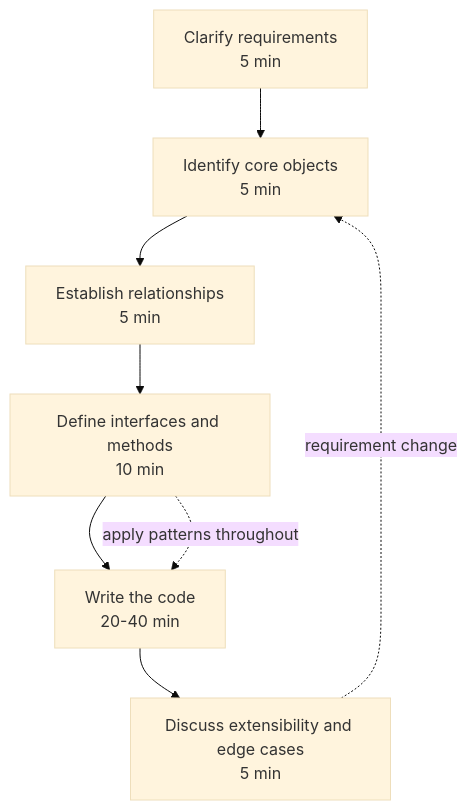
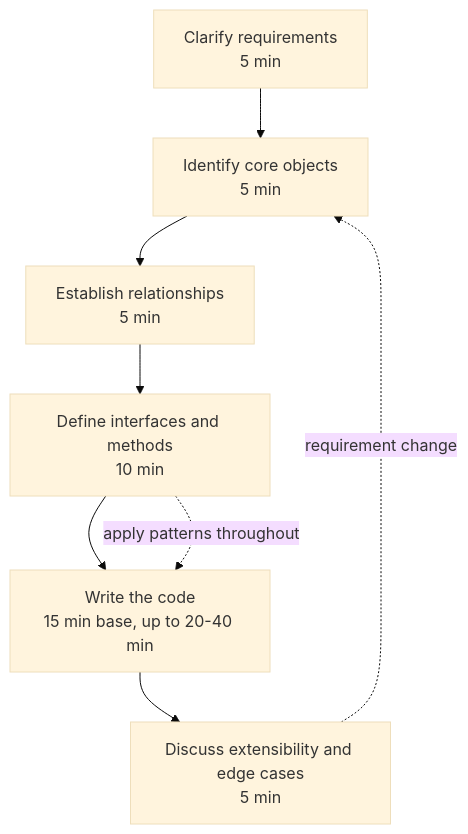
The first of 2 diagrams in topics/lld-and-ood/lld-interview-method/concepts.md (PaulSayantan/grokking-interview), drawn with Mermaid (base theme) before and after one commit. The commit also changed other lines of this file and 82 other files, not shown here.

````diff
--- a/topics/lld-and-ood/lld-interview-method/concepts.md
+++ b/topics/lld-and-ood/lld-interview-method/concepts.md
@@ -40,10 +44,10 @@
 ```mermaid
 flowchart TD
     A[Clarify requirements<br/>5 min] --> B[Identify core objects<br/>5 min]
     B --> C[Establish relationships<br/>5 min]
     C --> D[Define interfaces and methods<br/>10 min]
-    D --> E[Write the code<br/>20-40 min]
+    D --> E[Write the code<br/>15 min base, up to 20-40 min]
     E --> F[Discuss extensibility and edge cases<br/>5 min]
     D -.apply patterns throughout.-> E
     F -.requirement change.-> B
 ```
````
